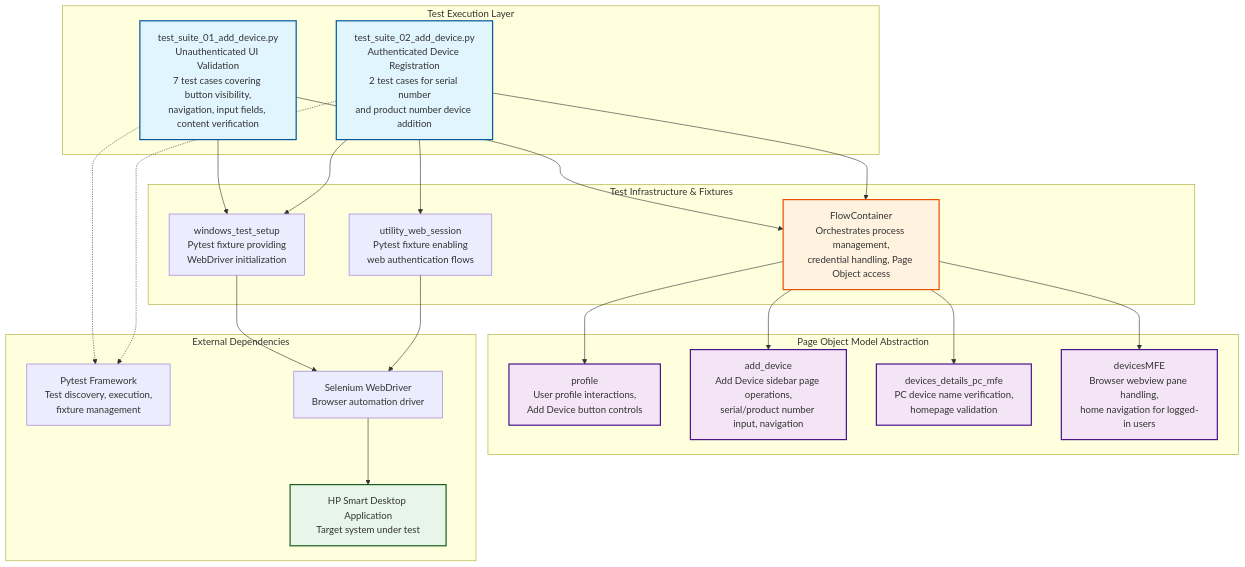
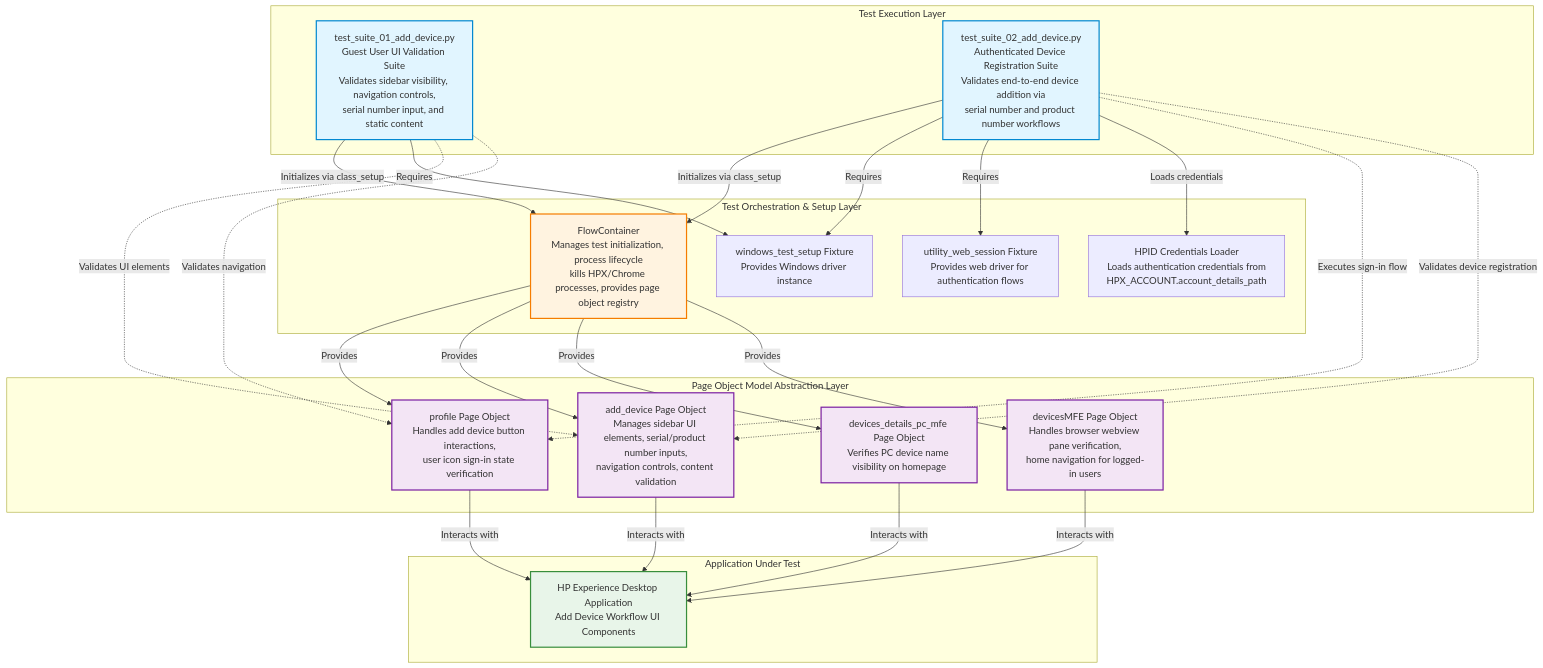
Before and after one commit to karthikeyansubhash/mobileappsrepo: the diagram in Index_by_API/Docs/codebase_master_architecture_part_1.md, drawn with Mermaid. The commit also changed other lines of this file, not shown here.

Commit message:
Master Codebase Architecture Report Part 1

````diff
--- a/Index_by_API/Docs/codebase_master_architecture_part_1.md
+++ b/Index_by_API/Docs/codebase_master_architecture_part_1.md
@@ -36,53 +36,56 @@
 ```mermaid
 graph TB
     subgraph "Test Execution Layer"
-        TS01[test_suite_01_add_device.py<br/>Unauthenticated UI Validation<br/>7 test cases covering button visibility,<br/>navigation, input fields, content verification]
-        TS02[test_suite_02_add_device.py<br/>Authenticated Device Registration<br/>2 test cases for serial number<br/>and product number device addition]
+        TS01[test_suite_01_add_device.py<br/>Guest User UI Validation Suite<br/>Validates sidebar visibility, navigation controls,<br/>serial number input, and static content]
+        TS02[test_suite_02_add_device.py<br/>Authenticated Device Registration Suite<br/>Validates end-to-end device addition via<br/>serial number and product number workflows]
     end
 
-    subgraph "Test Infrastructure & Fixtures"
-        WTS[windows_test_setup<br/>Pytest fixture providing<br/>WebDriver initialization]
-        UWS[utility_web_session<br/>Pytest fixture enabling<br/>web authentication flows]
-        FC[FlowContainer<br/>Orchestrates process management,<br/>credential handling, Page Object access]
+    subgraph "Test Orchestration & Setup Layer"
+        FC[FlowContainer<br/>Manages test initialization, process lifecycle<br/>kills HPX/Chrome processes, provides page object registry]
+        WTS[windows_test_setup Fixture<br/>Provides Windows driver instance]
+        UWS[utility_web_session Fixture<br/>Provides web driver for authentication flows]
+        CRED[HPID Credentials Loader<br/>Loads authentication credentials from<br/>HPX_ACCOUNT.account_details_path]
     end
 
-    subgraph "Page Object Model Abstraction"
-        PROFILE[profile<br/>User profile interactions,<br/>Add Device button controls]
-        ADD_DEV[add_device<br/>Add Device sidebar page operations,<br/>serial/product number input, navigation]
-        DEV_DETAILS[devices_details_pc_mfe<br/>PC device name verification,<br/>homepage validation]
-        DEV_MFE[devicesMFE<br/>Browser webview pane handling,<br/>home navigation for logged-in users]
+    subgraph "Page Object Model Abstraction Layer"
+        PROFILE[profile Page Object<br/>Handles add device button interactions,<br/>user icon sign-in state verification]
+        ADD_DEV[add_device Page Object<br/>Manages sidebar UI elements, serial/product number inputs,<br/>navigation controls, content validation]
+        DEV_DETAILS[devices_details_pc_mfe Page Object<br/>Verifies PC device name visibility on homepage]
+        DEV_MFE[devicesMFE Page Object<br/>Handles browser webview pane verification,<br/>home navigation for logged-in users]
     end
 
-    subgraph "External Dependencies"
-        PYTEST[Pytest Framework<br/>Test discovery, execution,<br/>fixture management]
-        SELENIUM[Selenium WebDriver<br/>Browser automation driver]
-        HPX_APP[HP Smart Desktop Application<br/>Target system under test]
+    subgraph "Application Under Test"
+        HPX_APP[HP Experience Desktop Application<br/>Add Device Workflow UI Components]
     end
 
-    TS01 --> WTS
-    TS01 --> FC
-    TS02 --> WTS
-    TS02 --> UWS
-    TS02 --> FC
+    TS01 -->|Initializes via class_setup| FC
+    TS02 -->|Initializes via class_setup| FC
+    TS01 -->|Requires| WTS
+    TS02 -->|Requires| WTS
+    TS02 -->|Requires| UWS
+    TS02 -->|Loads credentials| CRED
 
-    FC --> PROFILE
-    FC --> ADD_DEV
-    FC --> DEV_DETAILS
-    FC --> DEV_MFE
+    FC -->|Provides| PROFILE
+    FC -->|Provides| ADD_DEV
+    FC -->|Provides| DEV_DETAILS
+    FC -->|Provides| DEV_MFE
 
-    WTS --> SELENIUM
-    UWS --> SELENIUM
-    SELENIUM --> HPX_APP
+    PROFILE -->|Interacts with| HPX_APP
+    ADD_DEV -->|Interacts with| HPX_APP
+    DEV_DETAILS -->|Interacts with| HPX_APP
+    DEV_MFE -->|Interacts with| HPX_APP
 
-    TS01 -.-> PYTEST
-    TS02 -.-> PYTEST
+    TS01 -.->|Validates UI elements| ADD_DEV
+    TS01 -.->|Validates navigation| PROFILE
+    TS02 -.->|Executes sign-in flow| PROFILE
+    TS02 -.->|Validates device registration| ADD_DEV
 
-    style TS01 fill:#e1f5ff,stroke:#01579b,stroke-width:2px
-    style TS02 fill:#e1f5ff,stroke:#01579b,stroke-width:2px
-    style FC fill:#fff3e0,stroke:#e65100,stroke-width:2px
-    style PROFILE fill:#f3e5f5,stroke:#4a148c,stroke-width:2px
-    style ADD_DEV fill:#f3e5f5,stroke:#4a148c,stroke-width:2px
-    style DEV_DETAILS fill:#f3e5f5,stroke:#4a148c,stroke-width:2px
-    style DEV_MFE fill:#f3e5f5,stroke:#4a148c,stroke-width:2px
-    style HPX_APP fill:#e8f5e9,stroke:#1b5e20,stroke-width:2px
+    style TS01 fill:#e1f5ff,stroke:#0288d1,stroke-width:2px
+    style TS02 fill:#e1f5ff,stroke:#0288d1,stroke-width:2px
+    style FC fill:#fff3e0,stroke:#f57c00,stroke-width:2px
+    style PROFILE fill:#f3e5f5,stroke:#7b1fa2,stroke-width:2px
+    style ADD_DEV fill:#f3e5f5,stroke:#7b1fa2,stroke-width:2px
+    style DEV_DETAILS fill:#f3e5f5,stroke:#7b1fa2,stroke-width:2px
+    style DEV_MFE fill:#f3e5f5,stroke:#7b1fa2,stroke-width:2px
+    style HPX_APP fill:#e8f5e9,stroke:#388e3c,stroke-width:2px
 ```
````
